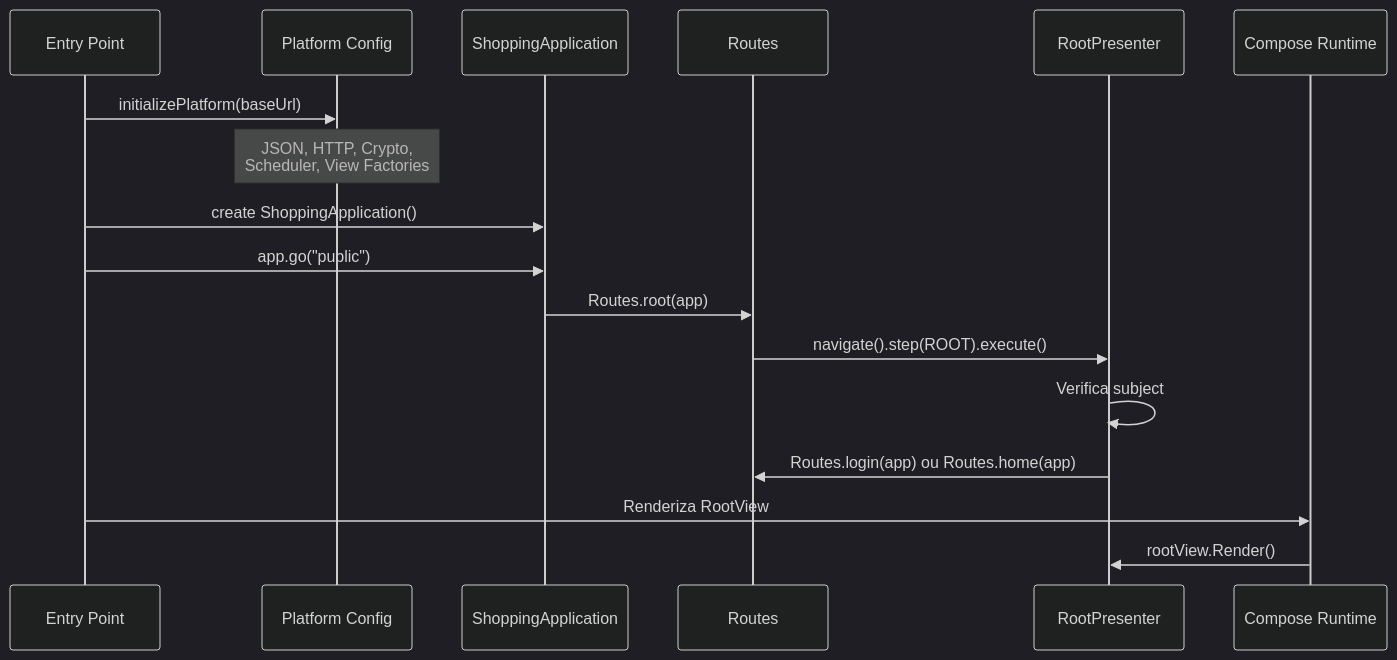
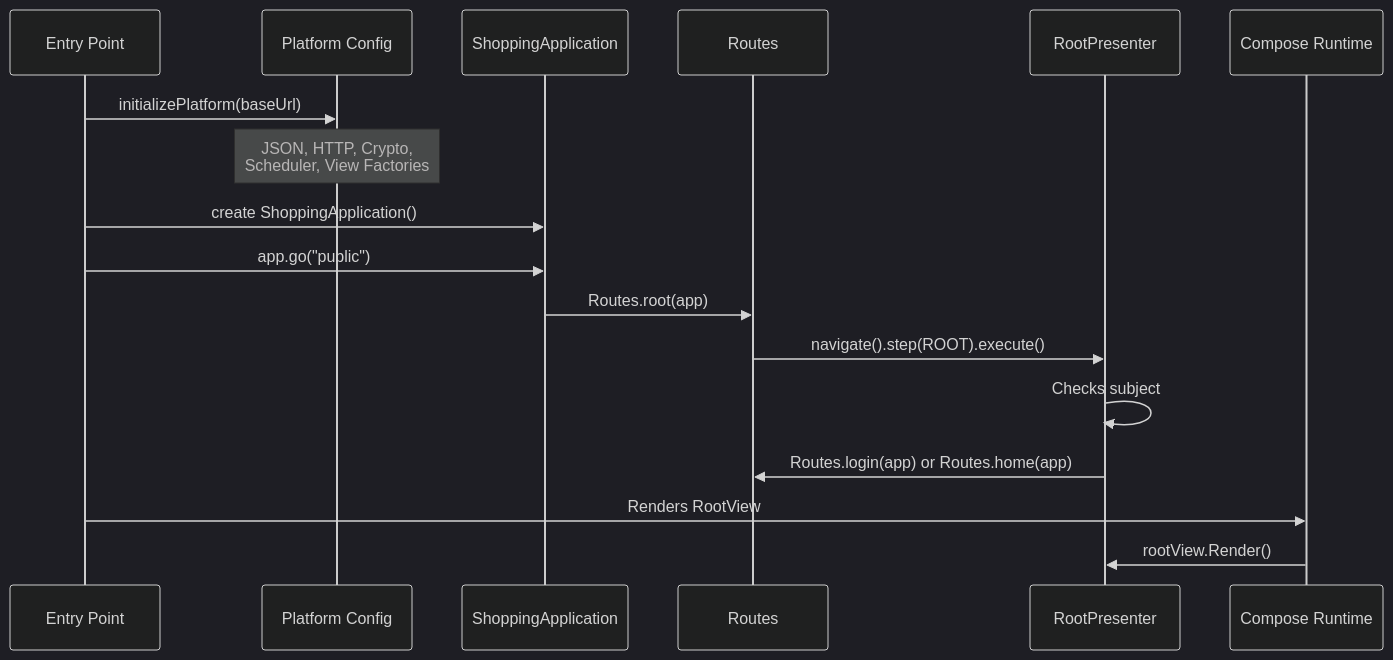
Before and after one commit to mrcdom/wdc-cube-kotlin: the ninth of 10 diagrams in docs/architecture.md, drawn with Mermaid (dark theme). The commit also changed other lines of this file and 10 other files, not shown here.

First line of the commit message:
docs: architecture docs and top-level READMEs in US English

````diff
--- a/docs/architecture.md
+++ b/docs/architecture.md
@@ -494,22 +494,22 @@
 ```mermaid
 sequenceDiagram
     participant Main as Entry Point
     participant Platform as Platform Config
     participant App as ShoppingApplication
     participant Routes as Routes
     participant Root as RootPresenter
     participant Compose as Compose Runtime
 
     Main->>Platform: initializePlatform(baseUrl)
     Note over Platform: JSON, HTTP, Crypto,<br/>Scheduler, View Factories
 
     Main->>App: create ShoppingApplication()
     Main->>App: app.go("public")
     App->>Routes: Routes.root(app)
     Routes->>Root: navigate().step(ROOT).execute()
-    Root->>Root: Verifica subject
-    Root->>Routes: Routes.login(app) ou Routes.home(app)
+    Root->>Root: Checks subject
+    Root->>Routes: Routes.login(app) or Routes.home(app)
 
-    Main->>Compose: Renderiza RootView
+    Main->>Compose: Renders RootView
     Compose->>Root: rootView.Render()
 ```
````
